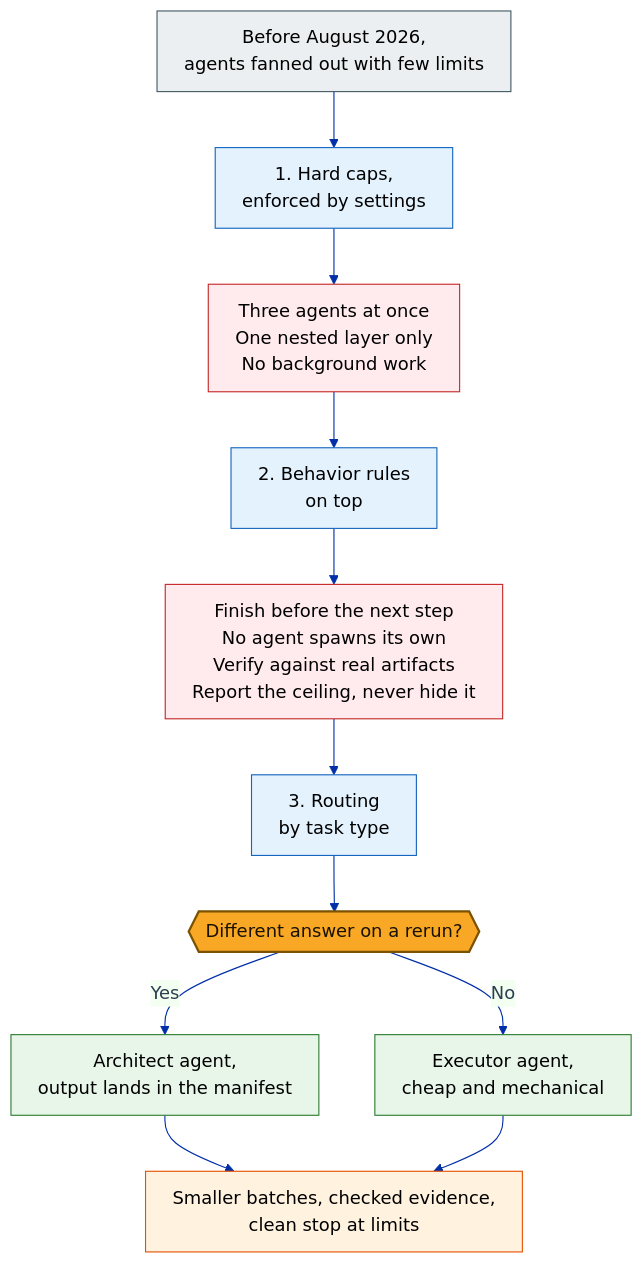
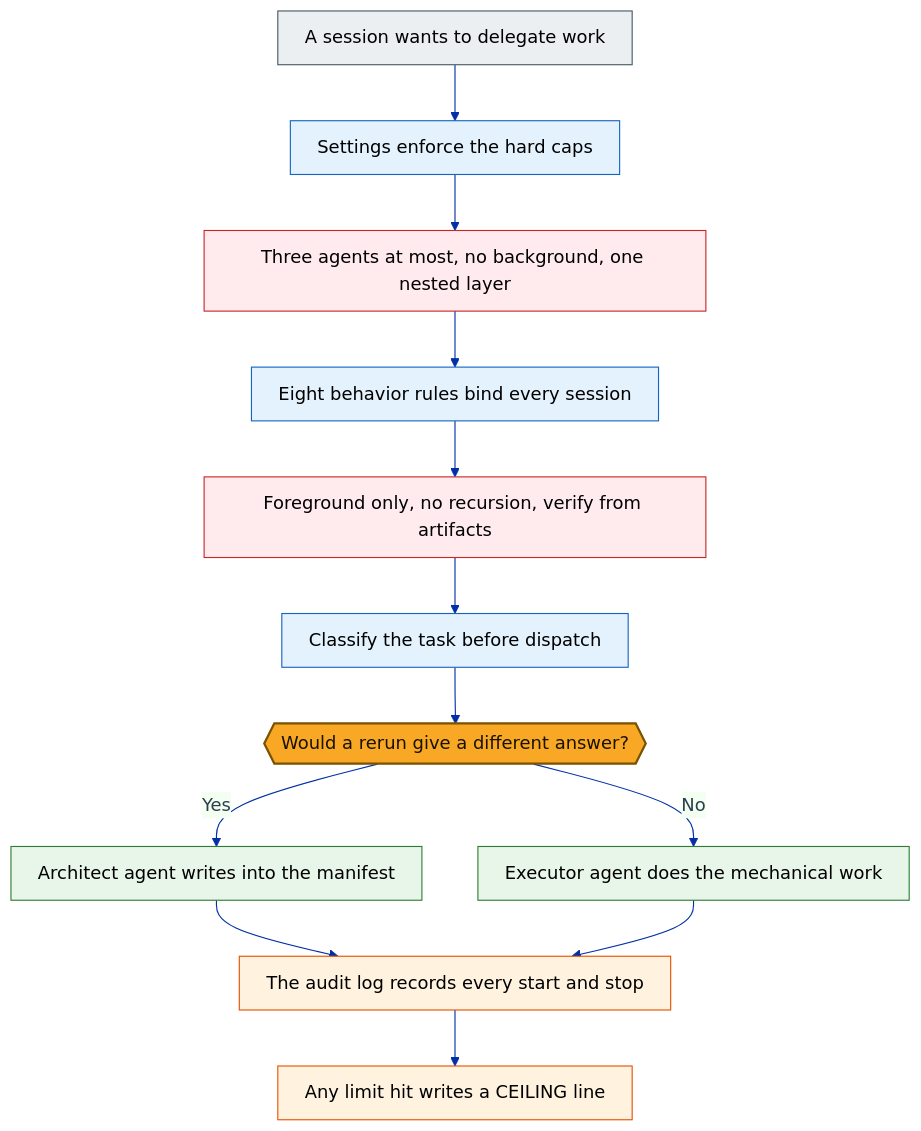
The diagram in diagrams/op-subagents.mmd (mmentzerhernandez/global_experience), drawn with Mermaid before and after one commit. The commit also changed 30 other files, not shown here.

```diff
--- a/diagrams/op-subagents.mmd
+++ b/diagrams/op-subagents.mmd
@@ -1,44 +1,43 @@
 ---
 config:
   theme: base
   flowchart:
     wrappingWidth: 400
     padding: 12
   themeVariables:
     primaryColor: "#f0f3ff"
     primaryBorderColor: "#002fa7"
     primaryTextColor: "#2c3e50"
     lineColor: "#002fa7"
     fontFamily: "-apple-system,BlinkMacSystemFont,Segoe UI,Roboto,sans-serif"
 ---
 flowchart TD
-    START["Before August 2026,<br/>agents fanned out with few limits"]:::people
+    START["A session wants to delegate work"]:::people
 
-    S1["1. Hard caps,<br/>enforced by settings"]:::access
-    S1L["Three agents at once<br/>One nested layer only<br/>No background work"]:::report
+    CAP["Settings enforce the hard caps"]:::access
+    CAPL["Three agents at most, no background, one nested layer"]:::report
 
-    S2["2. Behavior rules<br/>on top"]:::access
-    S2L["Finish before the next step<br/>No agent spawns its own<br/>Verify against real artifacts<br/>Report the ceiling, never hide it"]:::report
+    RULES["Eight behavior rules bind every session"]:::access
+    RULESL["Foreground only, no recursion, verify from artifacts"]:::report
 
-    S3["3. Routing<br/>by task type"]:::access
-    GATE{{"Different answer on a rerun?"}}:::gate
-    ARCH["Architect agent,<br/>output lands in the manifest"]:::course
-    EXEC["Executor agent,<br/>cheap and mechanical"]:::course
+    ROUTE["Classify the task before dispatch"]:::access
+    GATE{{"Would a rerun give a different answer?"}}:::gate
+    ARCH["Architect agent writes into the manifest"]:::course
+    EXEC["Executor agent does the mechanical work"]:::course
 
-    RESULT["Smaller batches, checked evidence,<br/>clean stop at limits"]:::enforce
+    AUDIT["The audit log records every start and stop"]:::enforce
+    CEIL["Any limit hit writes a CEILING line"]:::enforce
 
-    START --> S1 --> S1L
-    S1L --> S2 --> S2L
-    S2L --> S3 --> GATE
-    GATE -->|Yes| ARCH
-    GATE -->|No| EXEC
-    ARCH --> RESULT
-    EXEC --> RESULT
+    START --> CAP --> CAPL --> RULES --> RULESL --> ROUTE --> GATE
+    GATE -->|"Yes"| ARCH
+    GATE -->|"No"| EXEC
+    ARCH --> AUDIT
+    EXEC --> AUDIT
+    AUDIT --> CEIL
 
     classDef people fill:#ECEFF1,stroke:#455A64,color:#000000
     classDef access fill:#E3F2FD,stroke:#1565C0,color:#000000
     classDef course fill:#E8F5E9,stroke:#2E7D32,color:#000000
     classDef enforce fill:#FFF3E0,stroke:#E65100,color:#000000
     classDef report fill:#FFEBEE,stroke:#C62828,color:#000000
-    classDef sweep fill:#F3E5F5,stroke:#6A1B9A,color:#000000
     classDef gate fill:#F9A825,stroke:#7A5200,color:#1A1200,stroke-width:2px
```
